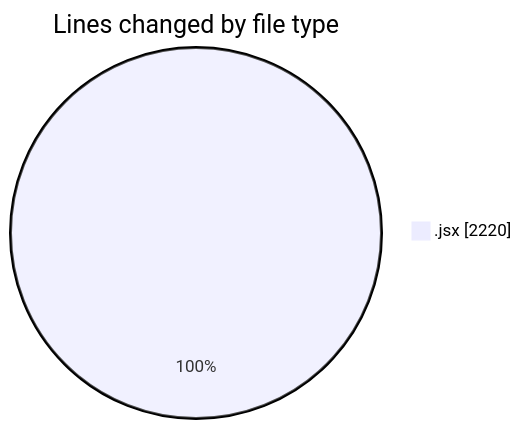
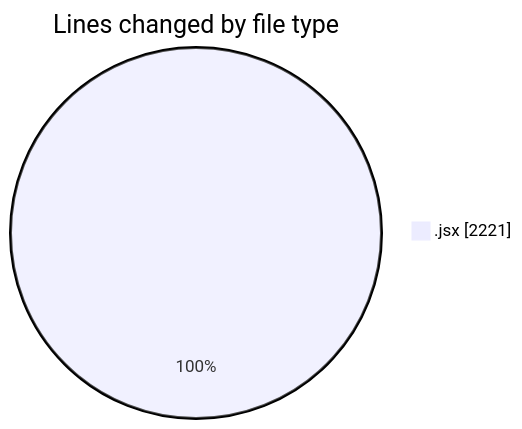
The first of 2 diagrams in 2025-06-02/nxtqube_webapp/README.md (nxtqubesakshisongat/code-tracking), drawn with Mermaid before and after one commit. The commit also changed other lines of this file and 1 other file, not shown here.

````diff
--- a/2025-06-02/nxtqube_webapp/README.md
+++ b/2025-06-02/nxtqube_webapp/README.md
@@ -20,5 +20,5 @@
 ```mermaid
 pie showData
 title Lines changed by file type
-".jsx" : 2220
+".jsx" : 2221
 ```
````
